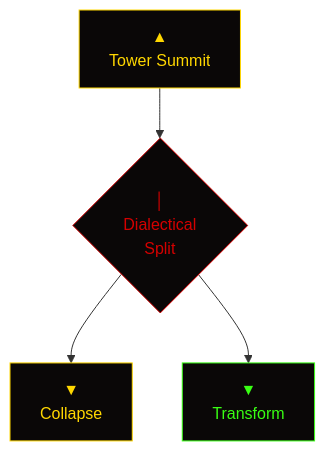
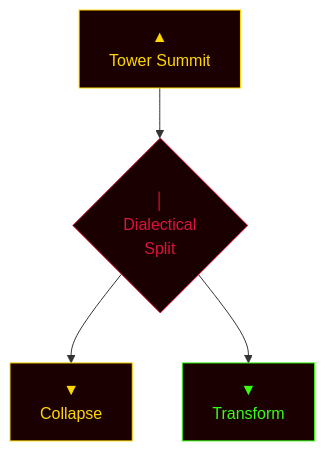
One commit to percy-raskova/babylon changed the second of 2 diagrams in docs/concepts/aesthetics.rst. Above: the diagram before and after it, drawn with Mermaid. The commit also changed other lines of this file and 7 other files, not shown here.

First line of the commit message:
style(docs): replace Necropolis Codex theme with Luxe Gothic palette

```diff
--- a/docs/concepts/aesthetics.rst
+++ b/docs/concepts/aesthetics.rst
@@ -293,14 +300,14 @@
 .. mermaid::
 
    flowchart TB
        A["▲<br/>Tower Summit"]
        A --> SPLIT
        SPLIT{"│<br/>Dialectical<br/>Split"}
        SPLIT --> V1["▼<br/>Collapse"]
        SPLIT --> V2["▼<br/>Transform"]
 
-   %% Necropolis Codex styling - vector traces on CRT
-   style A fill:#0A0707,stroke:#FFD700,color:#FFD700
-   style SPLIT fill:#0A0707,stroke:#D40000,color:#D40000
-   style V1 fill:#0A0707,stroke:#FFD700,color:#FFD700
-   style V2 fill:#0A0707,stroke:#39FF14,color:#39FF14
+   %% Luxe Gothic styling - vector traces on CRT
+   style A fill:#1A0000,stroke:#FFD700,color:#FFD700
+   style SPLIT fill:#1A0000,stroke:#DC143C,color:#DC143C
+   style V1 fill:#1A0000,stroke:#FFD700,color:#FFD700
+   style V2 fill:#1A0000,stroke:#39FF14,color:#39FF14
```
